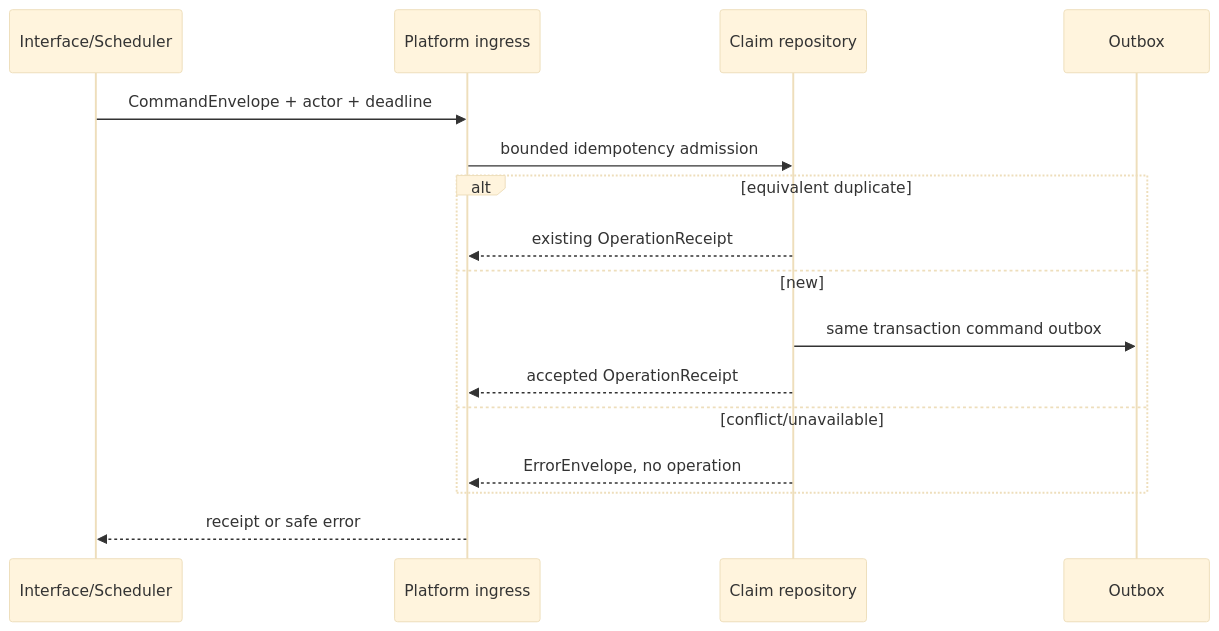
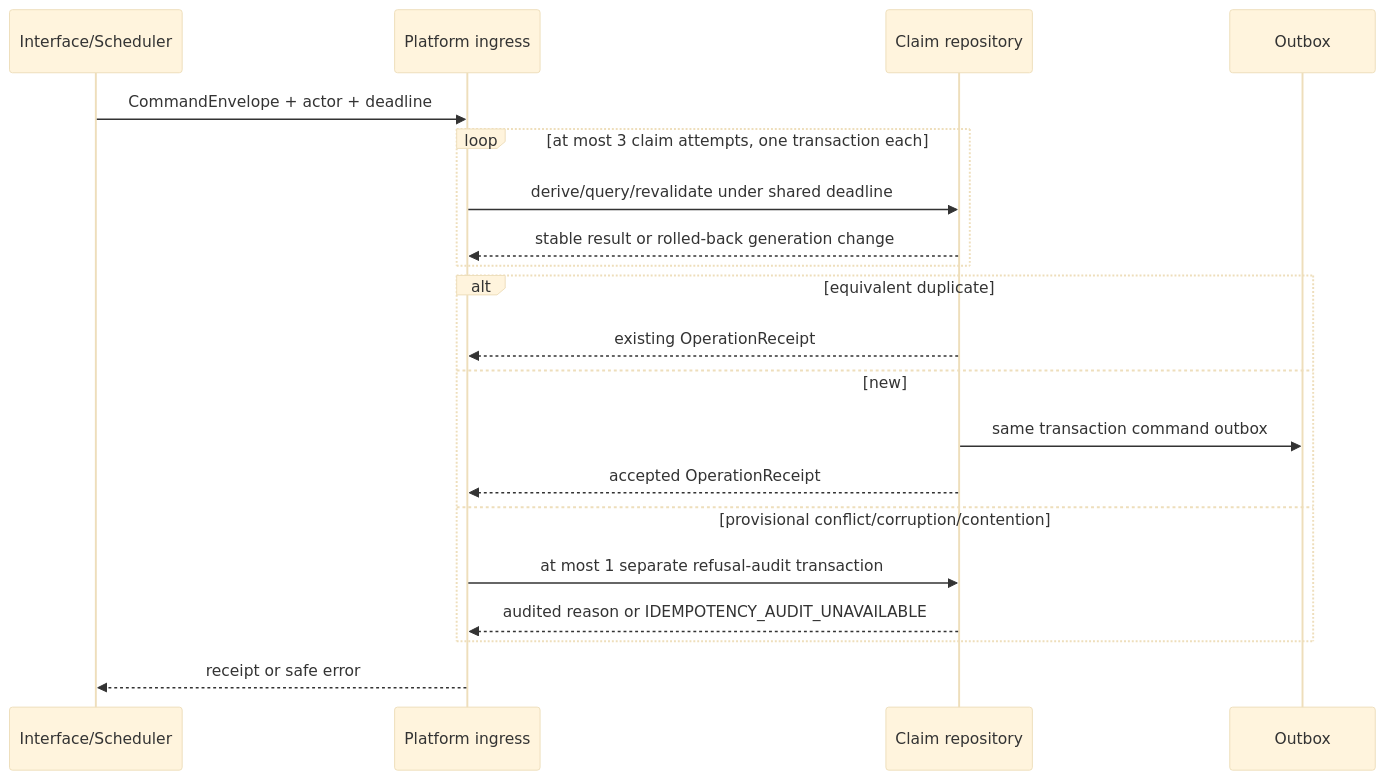
The fourth of 7 diagrams in openspec/changes/platform-persistence-events-and-bootstrap-foundation/design.md (Hwloser/trade), drawn with Mermaid (base theme) before and after one commit. The commit also changed other lines of this file and 7 other files, not shown here.

````diff
--- a/openspec/changes/platform-persistence-events-and-bootstrap-foundation/design.md
+++ b/openspec/changes/platform-persistence-events-and-bootstrap-foundation/design.md
@@ -513,19 +543,23 @@
 ```mermaid
 sequenceDiagram
   participant I as Interface/Scheduler
   participant G as Platform ingress
   participant C as Claim repository
   participant O as Outbox
 
   I->>G: CommandEnvelope + actor + deadline
-  G->>C: bounded idempotency admission
+  loop at most 3 claim attempts, one transaction each
+    G->>C: derive/query/revalidate under shared deadline
+    C-->>G: stable result or rolled-back generation change
+  end
   alt equivalent duplicate
     C-->>G: existing OperationReceipt
   else new
     C->>O: same transaction command outbox
     C-->>G: accepted OperationReceipt
-  else conflict/unavailable
-    C-->>G: ErrorEnvelope, no operation
+  else provisional conflict/corruption/contention
+    G->>C: at most 1 separate refusal-audit transaction
+    C-->>G: audited reason or IDEMPOTENCY_AUDIT_UNAVAILABLE
   end
   G-->>I: receipt or safe error
 ```
````
